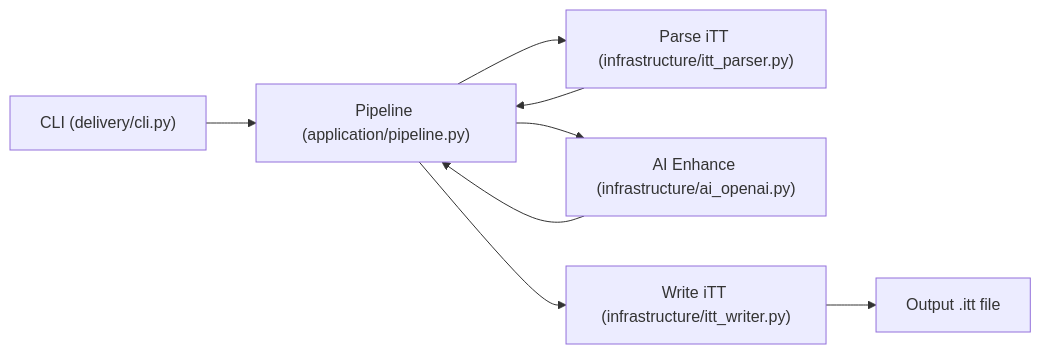
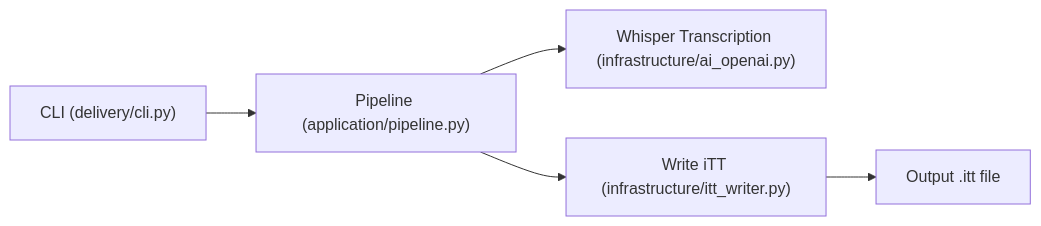
Before and after one commit to VoyagerQuests/tranzcribe: the diagram in docs/architecture.md, drawn with Mermaid. The commit also changed other lines of this file and 16 other files, not shown here.

````diff
--- a/docs/architecture.md
+++ b/docs/architecture.md
@@ -5,10 +5,7 @@
 ```mermaid
 flowchart LR
   A["CLI (delivery/cli.py)"] --> B["Pipeline (application/pipeline.py)"]
-  B --> C["Parse iTT (infrastructure/itt_parser.py)"]
-  B --> D["AI Enhance (infrastructure/ai_openai.py)"]
-  B --> E["Write iTT (infrastructure/itt_writer.py)"]
-  C --> B
-  D --> B
-  E --> F["Output .itt file"]
+  B --> C["Whisper Transcription (infrastructure/ai_openai.py)"]
+  B --> D["Write iTT (infrastructure/itt_writer.py)"]
+  D --> E["Output .itt file"]
 ```
````
